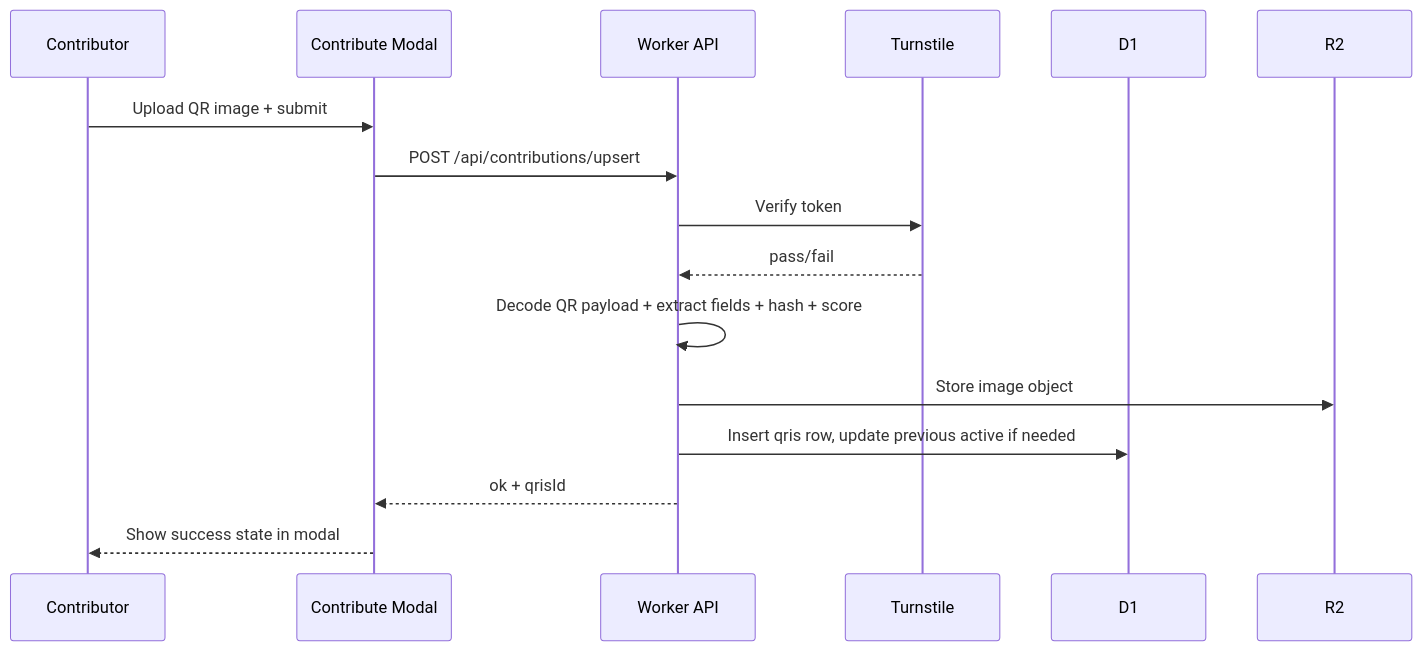
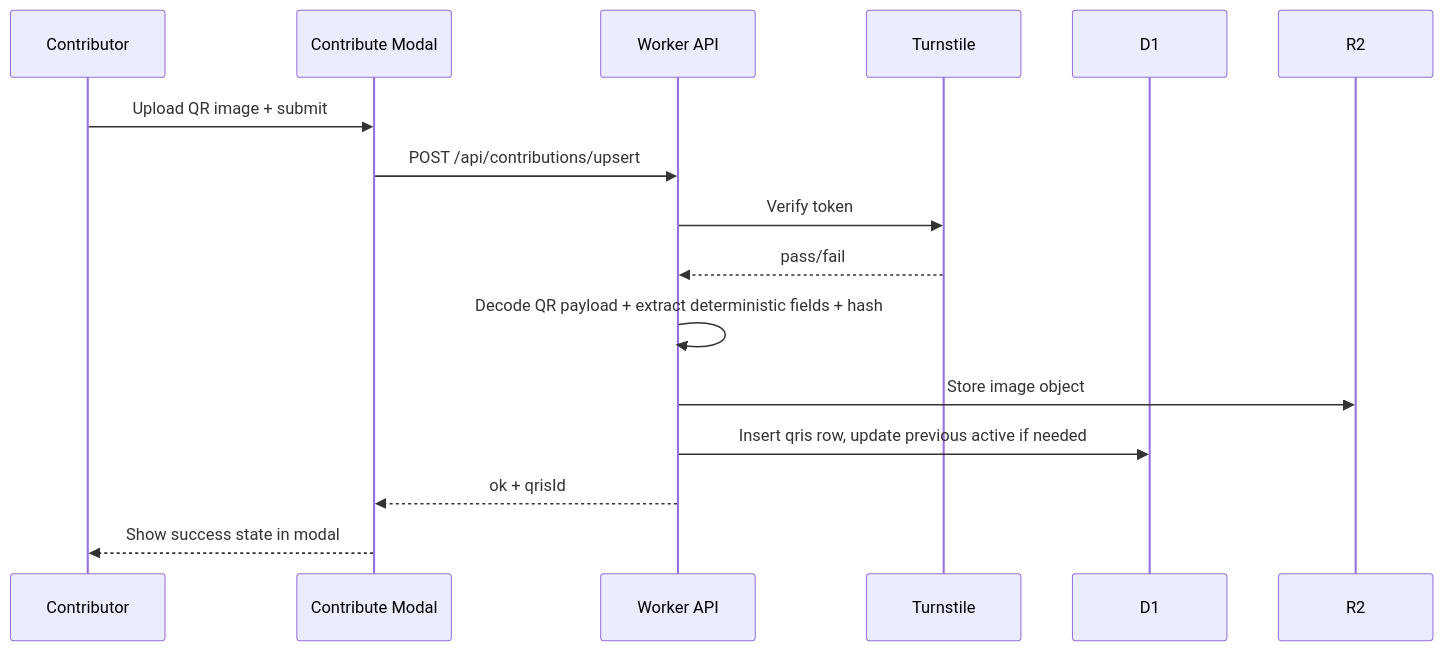
The fifth of 6 diagrams in docs/spec.md (radjathaher/qris-masjid), drawn with Mermaid before and after one commit. The commit also changed other lines of this file, not shown here.

````diff
--- a/docs/spec.md
+++ b/docs/spec.md
@@ -307,19 +362,19 @@
 ```mermaid
 sequenceDiagram
   participant U as Contributor
   participant FE as Contribute Modal
   participant API as Worker API
   participant TS as Turnstile
   participant D1 as D1
   participant R2 as R2
 
   U->>FE: Upload QR image + submit
   FE->>API: POST /api/contributions/upsert
   API->>TS: Verify token
   TS-->>API: pass/fail
-  API->>API: Decode QR payload + extract fields + hash + score
+  API->>API: Decode QR payload + extract deterministic fields + hash
   API->>R2: Store image object
   API->>D1: Insert qris row, update previous active if needed
   API-->>FE: ok + qrisId
   FE-->>U: Show success state in modal
 ```
````
